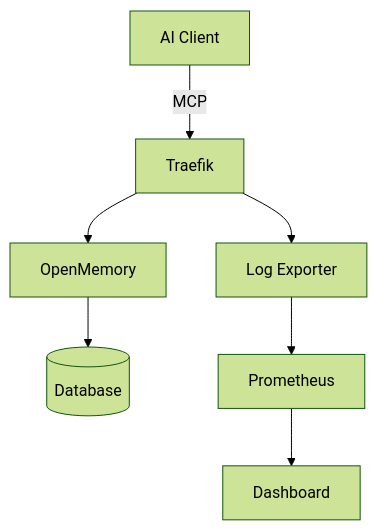
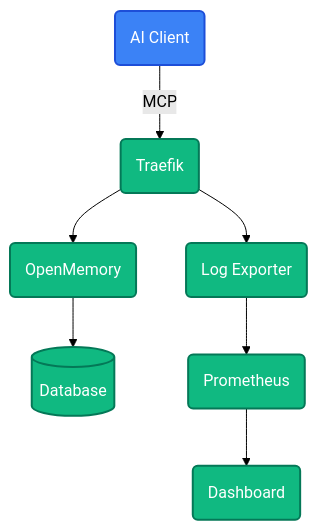
The diagram in README.md (mikhailkogan17/cybermem), drawn with Mermaid (forest theme) before and after one commit. The commit also changed other lines of this file, not shown here.

````diff
--- a/README.md
+++ b/README.md
@@ -38,9 +48,12 @@
 ```mermaid
 graph TD
-    Client[AI Client] -->|MCP| Traefik
-    Traefik --> API[OpenMemory]
+    classDef default fill:#10b981,stroke:#047857,stroke-width:2px,color:white;
+    classDef client fill:#3b82f6,stroke:#1d4ed8,stroke-width:2px,color:white;
+    
+    Client(AI Client):::client -->|MCP| Traefik(Traefik)
+    Traefik --> API(OpenMemory)
     API --> DB[(Database)]
-    Traefik --> Vector[Log Exporter]
-    Vector --> Prometheus
-    Prometheus --> Dashboard
+    Traefik --> Vector(Log Exporter)
+    Vector --> Prometheus(Prometheus)
+    Prometheus --> Dashboard(Dashboard)
 ```
````
